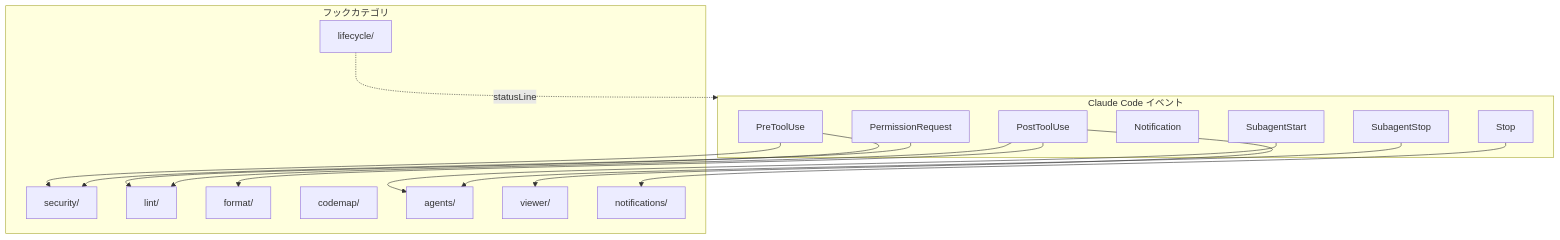
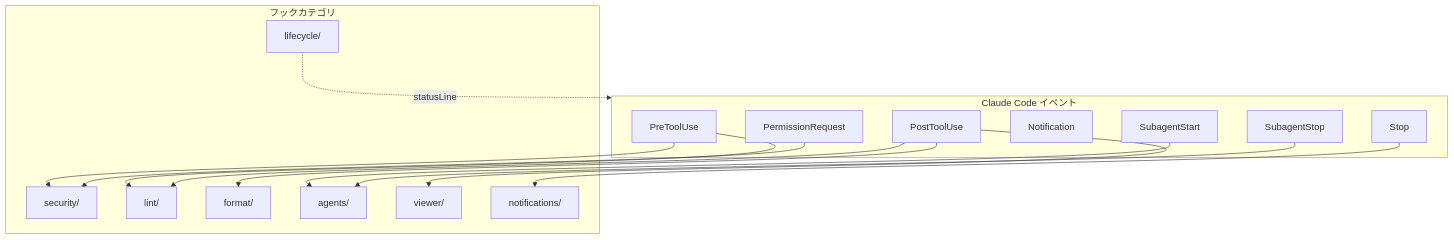
The first of 2 diagrams in .ja/docs/HOOKS.md (thkt/dotclaude), drawn with Mermaid before and after one commit. The commit also changed other lines of this file and 23 other files, not shown here.

````diff
--- a/.ja/docs/HOOKS.md
+++ b/.ja/docs/HOOKS.md
@@ -9,34 +9,33 @@
 ```mermaid
 graph TD
     subgraph Events["Claude Code イベント"]
         PRE[PreToolUse]
         POST[PostToolUse]
         PERM[PermissionRequest]
         NOTIFY[Notification]
         STOP[Stop]
         SUB_START[SubagentStart]
         SUB_STOP[SubagentStop]
     end
 
     subgraph Hooks["フックカテゴリ"]
         SEC[security/]
         LINT[lint/]
         FORMAT[format/]
         LIFE[lifecycle/]
-        CODEMAP[codemap/]
         AGENTS[agents/]
         VIEWER[viewer/]
         NOTIFY_H[notifications/]
     end
 
     PRE --> SEC
     PRE --> LINT
     POST --> FORMAT
     POST --> LINT
     POST --> VIEWER
     PERM --> SEC
     STOP --> NOTIFY_H
     SUB_START --> AGENTS
     SUB_STOP --> AGENTS
     LIFE -.->|statusLine| Events
 ```
````
